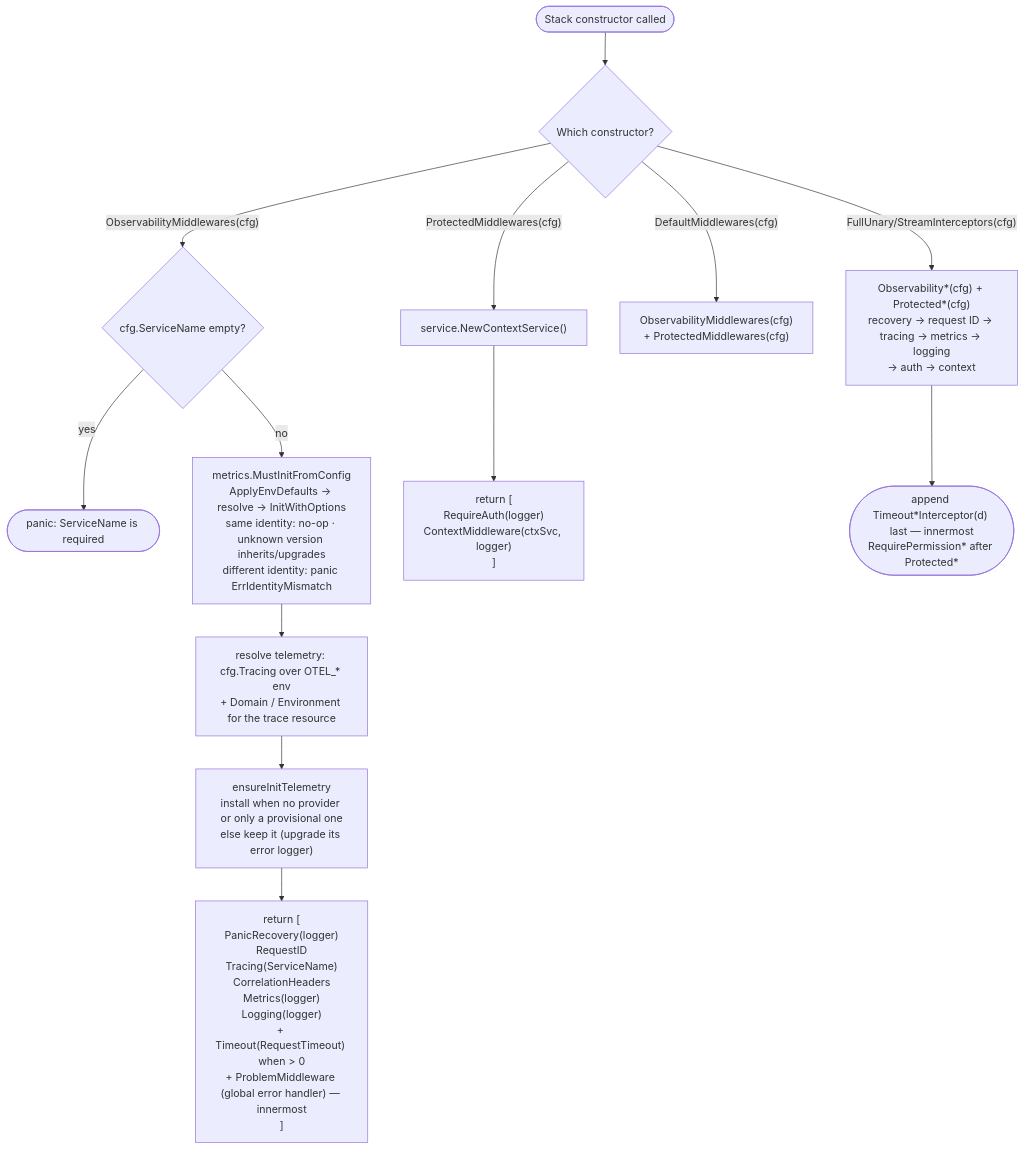
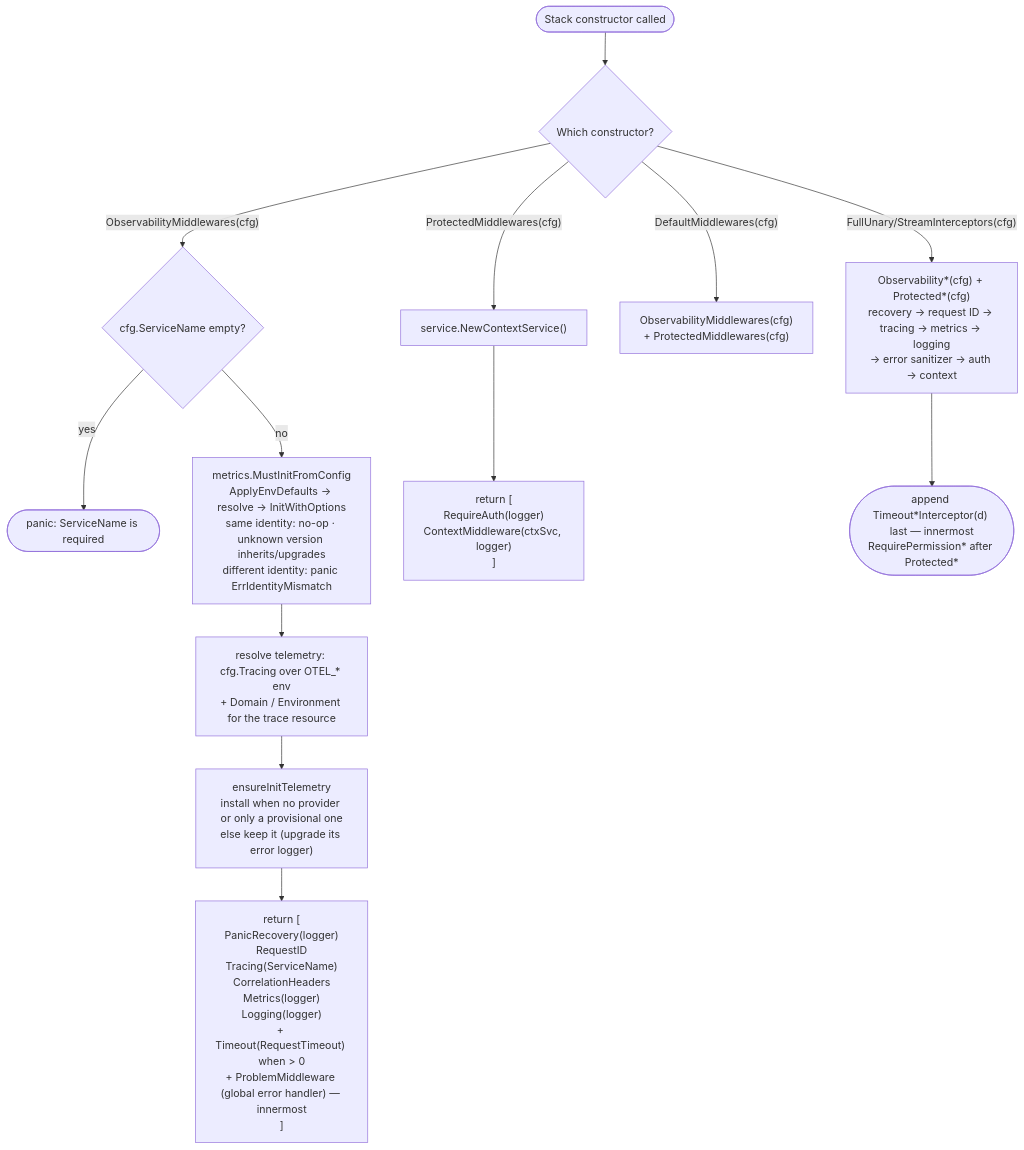
The diagram in docs/architecture/mermaid/middleware-stack-composition.mmd (BCBP-SOLUTIONS-FZC-LLC/platform-gincommon), drawn with Mermaid before and after one commit. The commit also changed 24 other files, not shown here.

```diff
--- a/docs/architecture/mermaid/middleware-stack-composition.mmd
+++ b/docs/architecture/mermaid/middleware-stack-composition.mmd
@@ -1,17 +1,17 @@
 flowchart TD
     A(["Stack constructor called"]) --> B{"Which constructor?"}
 
     B -- "ObservabilityMiddlewares(cfg)" --> C{"cfg.ServiceName empty?"}
     C -- yes --> CP(["panic: ServiceName is required"])
     C -- no --> D["metrics.MustInitFromConfig<br/>ApplyEnvDefaults → resolve → InitWithOptions<br/>same identity: no-op · unknown version inherits/upgrades<br/>different identity: panic ErrIdentityMismatch"]
     D --> E["resolve telemetry: cfg.Tracing over OTEL_* env<br/>+ Domain / Environment for the trace resource"]
     E --> F["ensureInitTelemetry<br/>install when no provider or only a provisional one<br/>else keep it (upgrade its error logger)"]
     F --> G["return [<br/>PanicRecovery(logger)<br/>RequestID<br/>Tracing(ServiceName)<br/>CorrelationHeaders<br/>Metrics(logger)<br/>Logging(logger)<br/>+ Timeout(RequestTimeout) when > 0<br/>+ ProblemMiddleware (global error handler) — innermost<br/>]"]
 
     B -- "ProtectedMiddlewares(cfg)" --> H["service.NewContextService()"]
     H --> I["return [<br/>RequireAuth(logger)<br/>ContextMiddleware(ctxSvc, logger)<br/>]"]
 
     B -- "DefaultMiddlewares(cfg)" --> J["ObservabilityMiddlewares(cfg)<br/>+ ProtectedMiddlewares(cfg)"]
 
-    B -- "FullUnary/StreamInterceptors(cfg)" --> K["Observability*(cfg) + Protected*(cfg)<br/>recovery → request ID → tracing → metrics → logging<br/>→ auth → context"]
+    B -- "FullUnary/StreamInterceptors(cfg)" --> K["Observability*(cfg) + Protected*(cfg)<br/>recovery → request ID → tracing → metrics → logging<br/>→ error sanitizer → auth → context"]
     K --> L(["append Timeout*Interceptor(d) last — innermost<br/>RequirePermission* after Protected*"])
```
